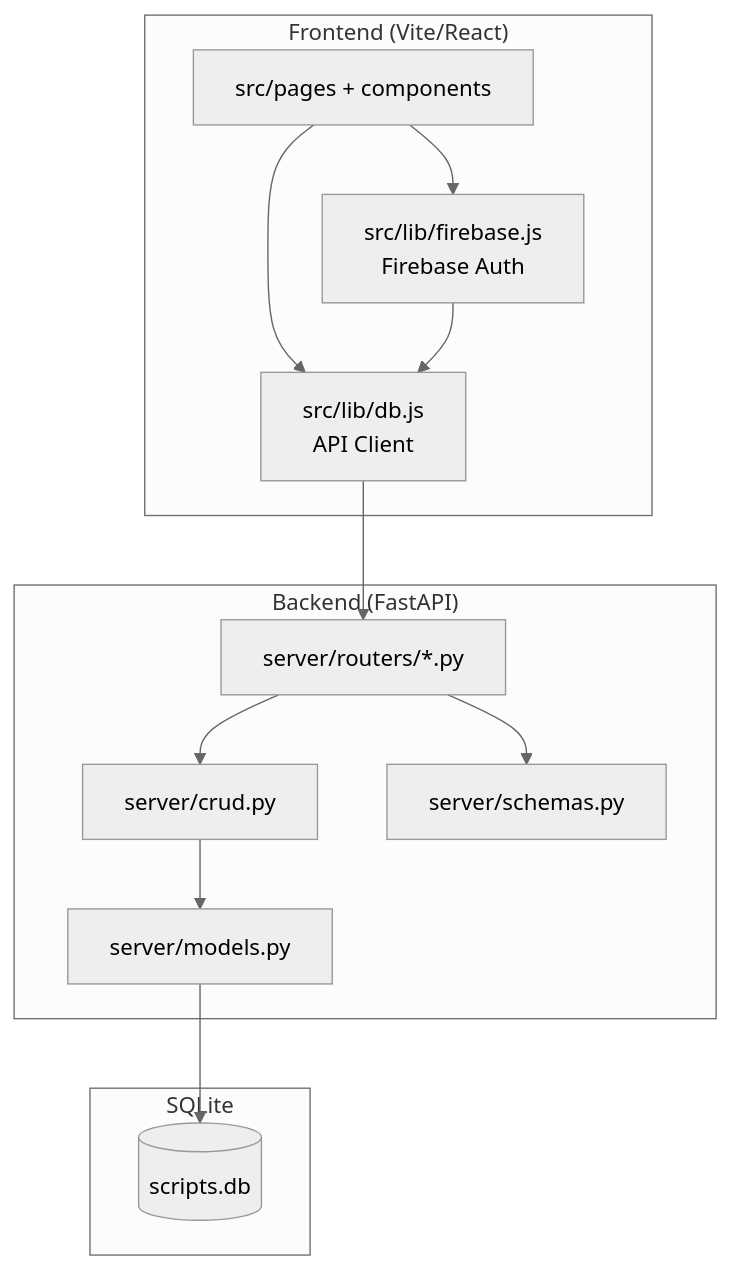
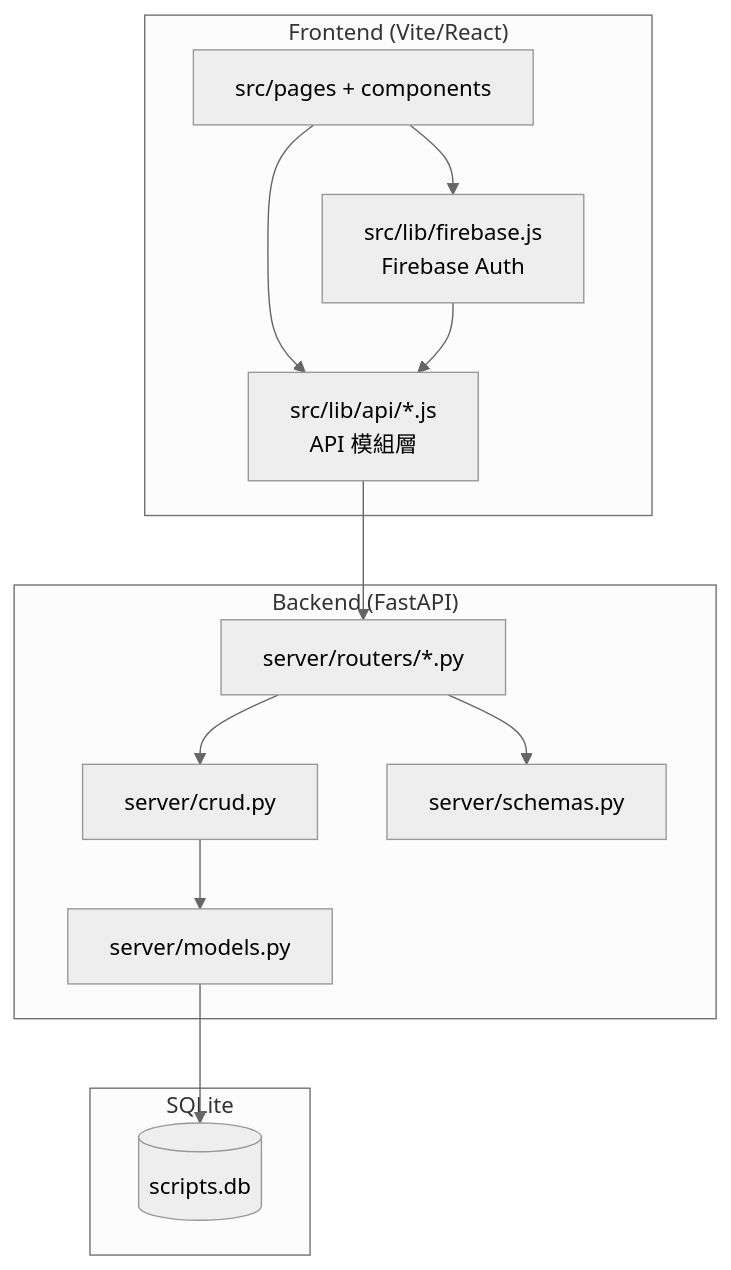
Before and after one commit to Shawn-csy/write_project: the first of 4 diagrams in docs/product/architecture.md, drawn with Mermaid (neutral theme). The commit also changed other lines of this file and 113 other files, not shown here.

````diff
--- a/docs/product/architecture.md
+++ b/docs/product/architecture.md
@@ -7,28 +7,28 @@
 ```mermaid
 flowchart TB
   subgraph Client["Frontend (Vite/React)"]
     UI[src/pages + components]
-    API[src/lib/db.js\nAPI Client]
+    API[src/lib/api/*.js\nAPI 模組層]
     AUTH[src/lib/firebase.js\nFirebase Auth]
     UI --> API
     UI --> AUTH
   end
 
   subgraph Server["Backend (FastAPI)"]
     ROUTER[server/routers/*.py]
     CRUD[server/crud.py]
     MODELS[server/models.py]
     SCHEMA[server/schemas.py]
     ROUTER --> CRUD
     ROUTER --> SCHEMA
     CRUD --> MODELS
   end
 
   subgraph DB["SQLite"]
     SQLITE[(scripts.db)]
   end
 
   API --> ROUTER
   AUTH --> API
   MODELS --> SQLITE
 ```
````
